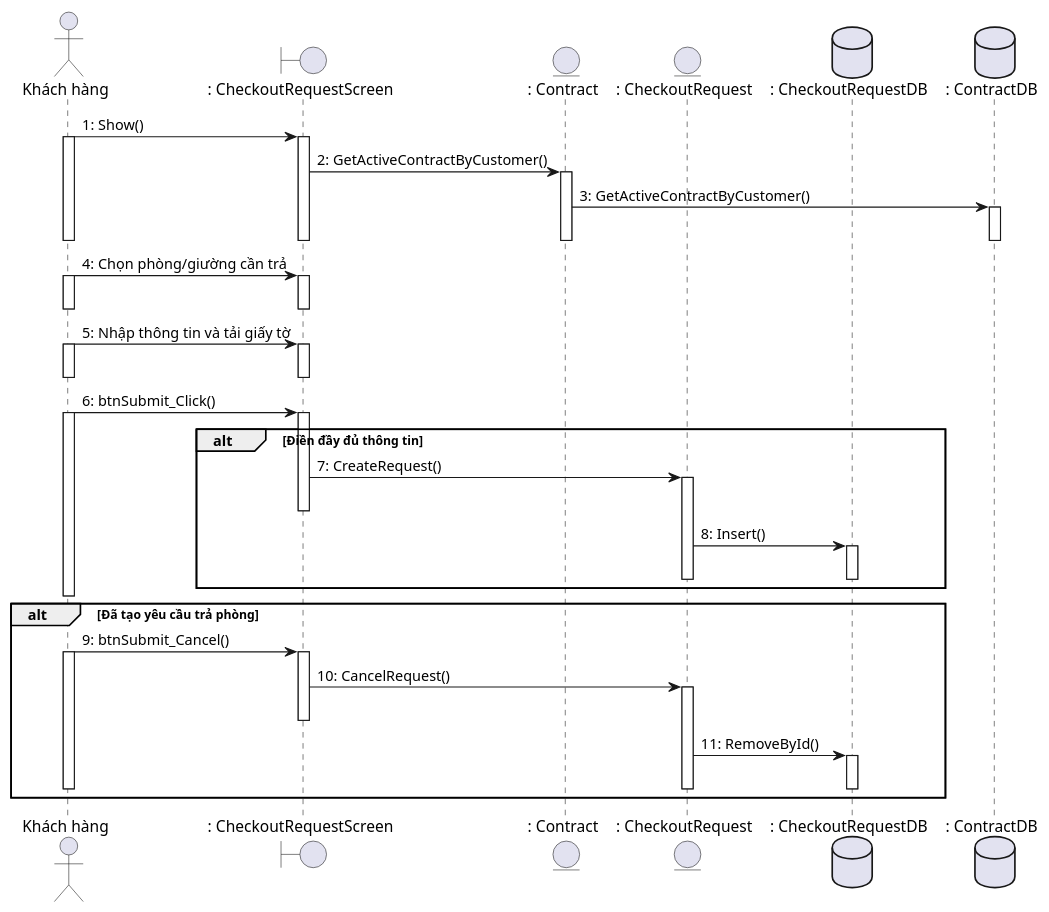
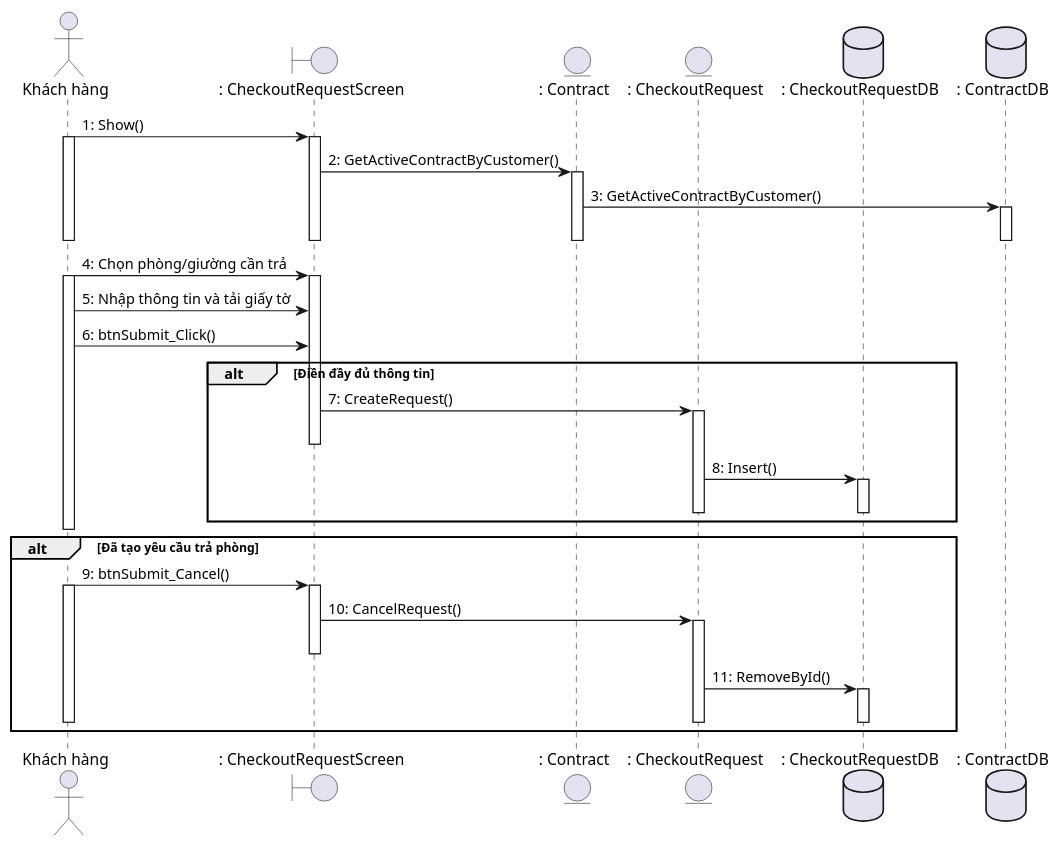
Before and after one commit to Gnourt812005/HCMUS-Analyze-and-desgin-IS: the diagram in tra_phong/sequence/tao_yeu_cau_tra_phong_seq.wsd, drawn with PlantUML. The commit also changed 7 other files, not shown here.

Commit message:
quangdo/tra_phong: added class and sequence diagram for quan_ly_tra_phong, reviewed some sequence diagrams

```diff
--- a/tra_phong/sequence/tao_yeu_cau_tra_phong_seq.wsd
+++ b/tra_phong/sequence/tao_yeu_cau_tra_phong_seq.wsd
@@ -1,61 +1,51 @@
 @startuml
 actor "Khách hàng" as KhachHang
 boundary ": CheckoutRequestScreen" as Screen
 entity ": Contract" as Contract
 entity ": CheckoutRequest" as Request
 database ": CheckoutRequestDB" as RequestDB
 database ": ContractDB" as ContractDB
 
 KhachHang -> Screen: 1: Show()
 activate KhachHang
 activate Screen
 Screen -> Contract: 2: GetActiveContractByCustomer()
 activate Contract
 Contract -> ContractDB: 3: GetActiveContractByCustomer()
 activate ContractDB
 deactivate ContractDB
 deactivate Contract
 deactivate Screen
 deactivate KhachHang
 
 KhachHang -> Screen: 4: Chọn phòng/giường cần trả
 activate KhachHang
 activate Screen
-deactivate Screen
-deactivate KhachHang
-
 KhachHang -> Screen: 5: Nhập thông tin và tải giấy tờ
-activate KhachHang
-activate Screen
-deactivate Screen
-deactivate KhachHang
-
 KhachHang -> Screen: 6: btnSubmit_Click()
-activate Screen
-activate KhachHang
 alt Điền đầy đủ thông tin
     Screen -> Request: 7: CreateRequest()
     activate Request
     deactivate Screen
     Request -> RequestDB: 8: Insert()
     activate RequestDB
     deactivate RequestDB
     deactivate Request
 end
 deactivate KhachHang
 
 alt  Đã tạo yêu cầu trả phòng
 activate KhachHang
     KhachHang -> Screen: 9: btnSubmit_Cancel()
     activate KhachHang
     activate Screen
     Screen -> Request: 10: CancelRequest()
     activate Request
     deactivate Screen
     Request -> RequestDB: 11: RemoveById()
     activate RequestDB
     deactivate RequestDB
     deactivate Request
     deactivate KhachHang
 end
 @enduml
```
